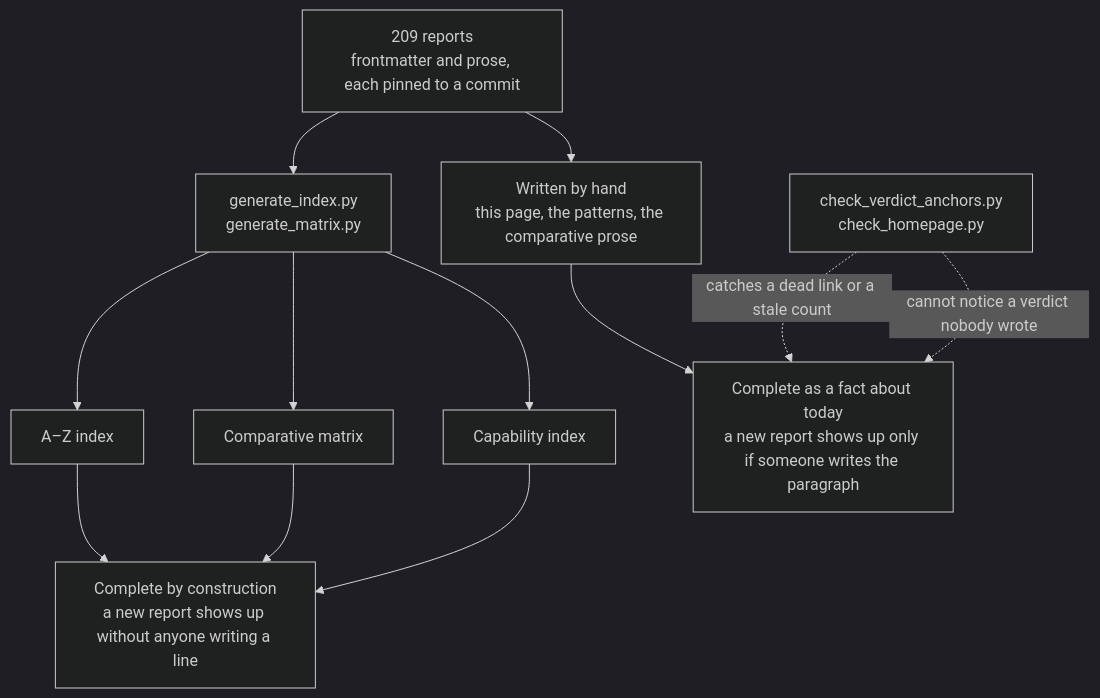
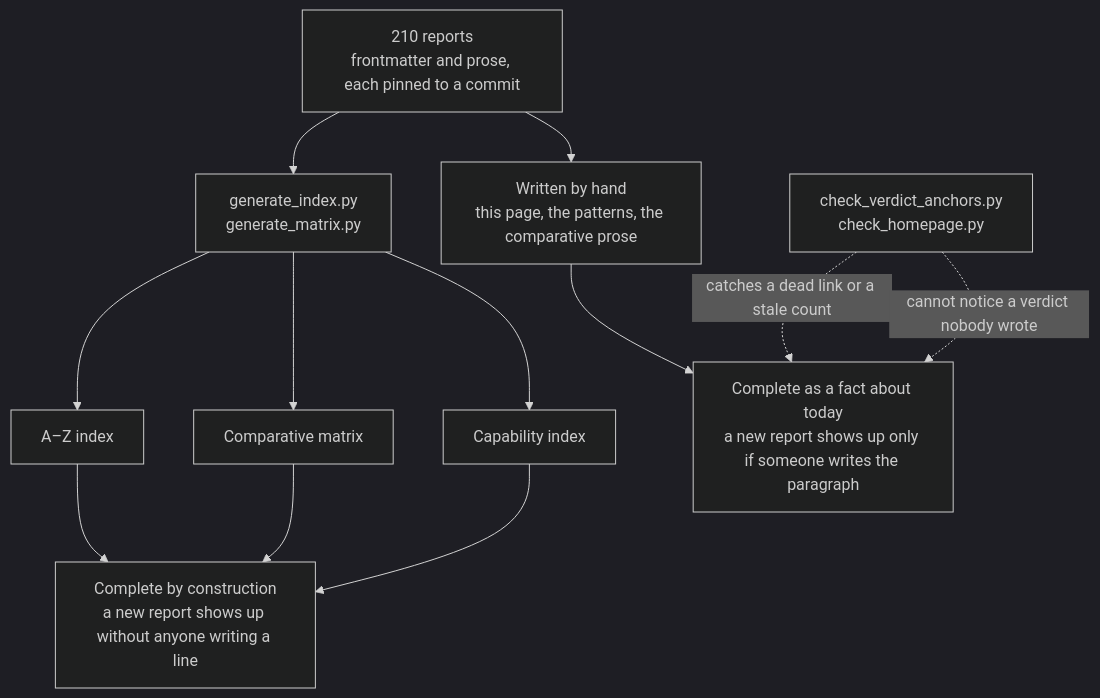
One commit to neoneye/agent-memory-atlas changed the diagram in content/verdicts.md. Above: the diagram before and after it, drawn with Mermaid (dark theme). The commit also changed other lines of this file and 19 other files, not shown here.

````diff
--- a/content/verdicts.md
+++ b/content/verdicts.md
@@ -40,15 +40,15 @@
 ```mermaid
 flowchart TD
-    R["209 reports<br/>frontmatter and prose, each pinned to a commit"]
+    R["210 reports<br/>frontmatter and prose, each pinned to a commit"]
     R --> GEN["generate_index.py<br/>generate_matrix.py"]
     R --> HAND["Written by hand<br/>this page, the patterns, the comparative prose"]
     GEN --> AZ["A–Z index"]
     GEN --> MX["Comparative matrix"]
     GEN --> CI["Capability index"]
     AZ --> CONST["Complete by construction<br/>a new report shows up without anyone writing a line"]
     MX --> CONST
     CI --> CONST
     HAND --> TODAY["Complete as a fact about today<br/>a new report shows up only if someone writes the paragraph"]
     CHK["check_verdict_anchors.py<br/>check_homepage.py"] -.->|"catches a dead link or a stale count"| TODAY
     CHK -.->|"cannot notice a verdict nobody wrote"| TODAY
 ```
````
